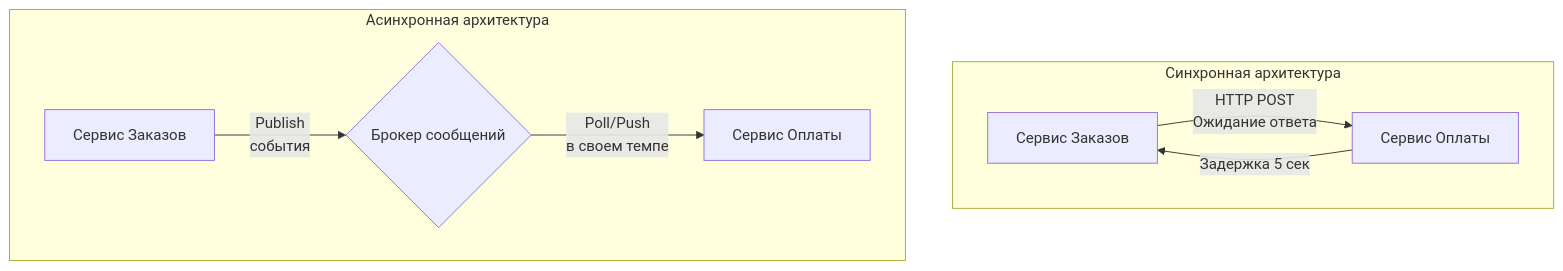
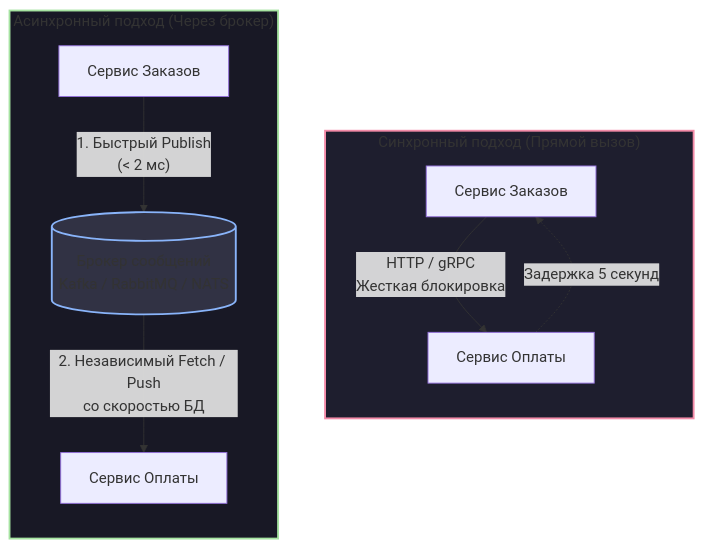
The second of 3 diagrams in sources/13. Очереди, брокеры сообщений и оркестраторы/01. Фундамент асинхронности/1. Обзор раздела. Асинхронность как основа масштабирования.md (UnrealTemplier/go-textbook), drawn with Mermaid before and after one commit. The commit also changed other lines of this file, not shown here.

````diff
--- a/sources/13. Очереди, брокеры сообщений и оркестраторы/01. Фундамент асинхронности/1. Обзор раздела. Асинхронность как основа масштабирования.md
+++ b/sources/13. Очереди, брокеры сообщений и оркестраторы/01. Фундамент асинхронности/1. Обзор раздела. Асинхронность как основа масштабирования.md
@@ -34,12 +80,18 @@
 ```mermaid
 flowchart TD
-    subgraph Synchronous["Синхронная архитектура"]
-        A["Сервис Заказов"]-->|"HTTP POST<br>Ожидание ответа"|B["Сервис Оплаты"]
-        B-->|"Задержка 5 сек"|A
+    subgraph Synchronous["Синхронный подход (Прямой вызов)"]
+        direction TB
+        A["Сервис Заказов"] -->|"HTTP / gRPC<br>Жесткая блокировка"| B["Сервис Оплаты"]
+        B -.->|"Задержка 5 секунд"| A
     end
 
-    subgraph Asynchronous["Асинхронная архитектура"]
-        C["Сервис Заказов"]-->|"Publish<br>события"|D{"Брокер сообщений"}
-        D-->|"Poll/Push<br>в своем темпе"|E["Сервис Оплаты"]
+    subgraph Asynchronous["Асинхронный подход (Через брокер)"]
+        direction TB
+        C["Сервис Заказов"] -->|"1. Быстрый Publish<br>(< 2 мс)"| D[("Брокер сообщений<br>Kafka / RabbitMQ / NATS")]
+        D -->|"2. Независимый Fetch / Push<br>со скоростью БД"| E["Сервис Оплаты"]
     end
+
+    style Synchronous fill:#1e1e2e,stroke:#f38ba8,stroke-width:2px
+    style Asynchronous fill:#181825,stroke:#a6e3a1,stroke-width:2px
+    style D fill:#313244,stroke:#89b4fa,stroke-width:2px
 ```
````
